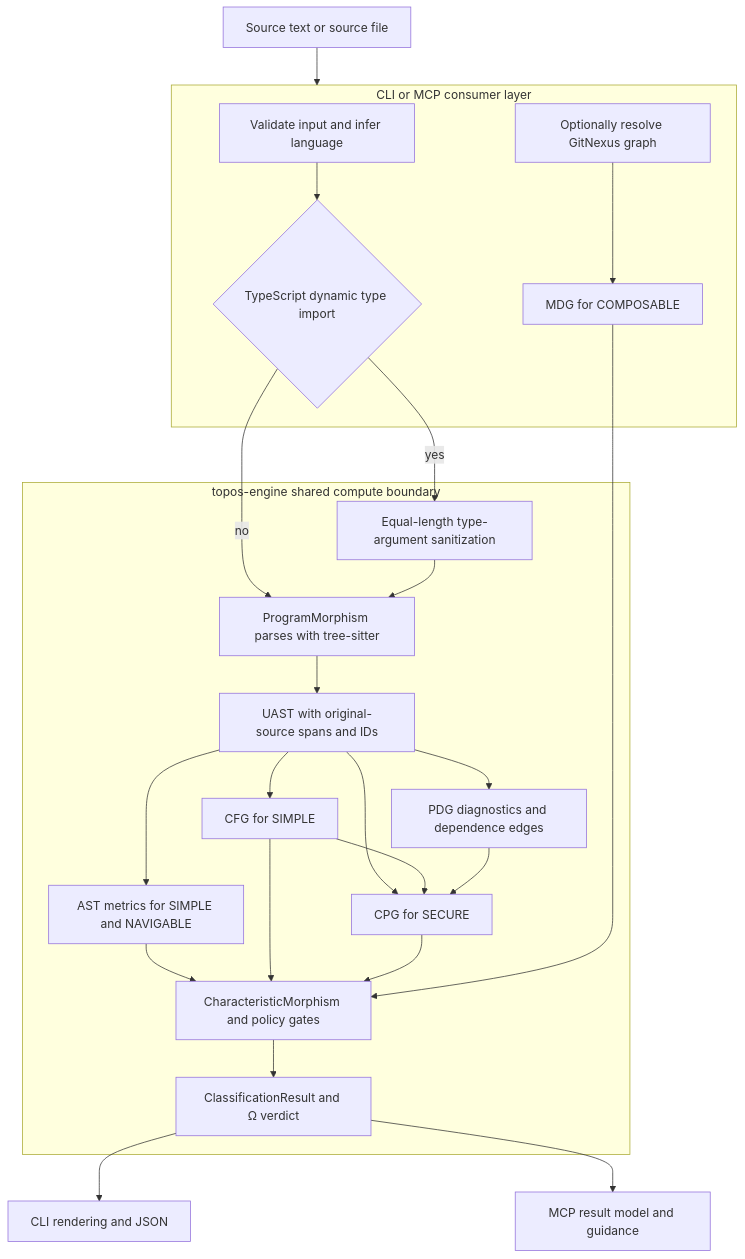
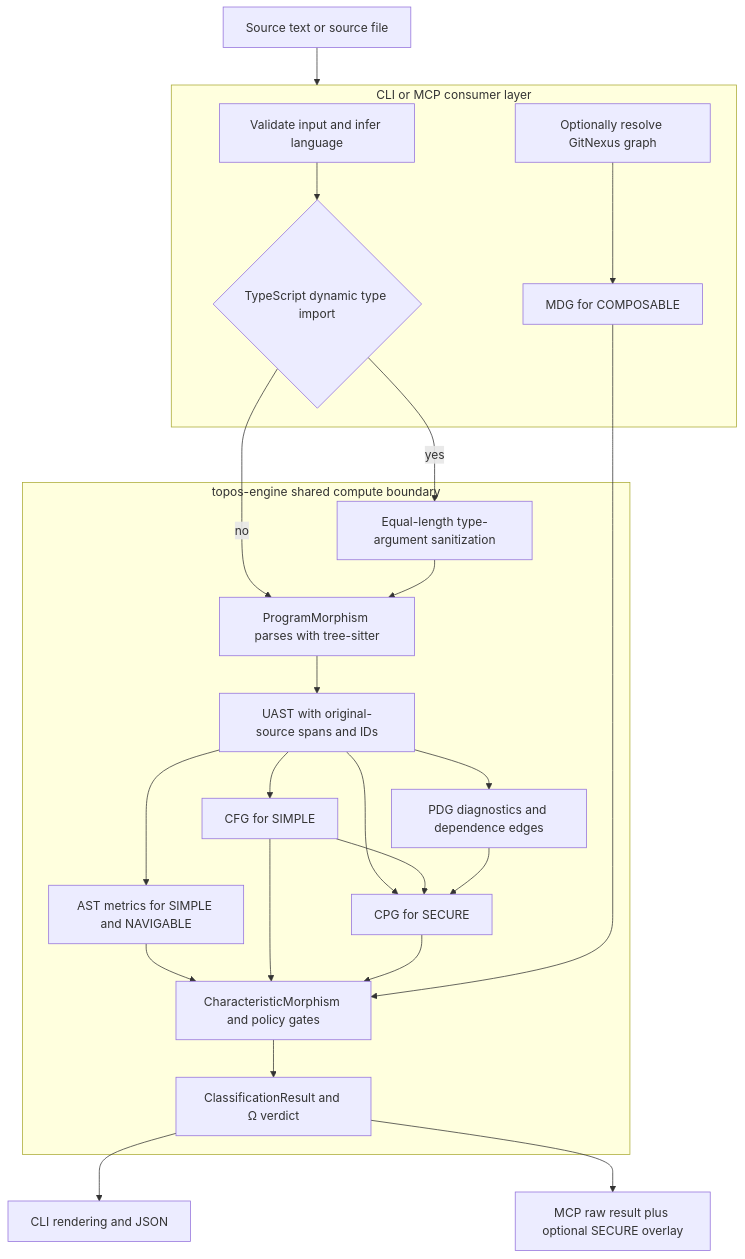
The diagram in openwiki/architecture/overview.md (Krv-Labs/topos), drawn with Mermaid before and after one commit. The commit also changed other lines of this file and 21 other files, not shown here.

````diff
--- a/openwiki/architecture/overview.md
+++ b/openwiki/architecture/overview.md
@@ -76,30 +80,30 @@
 ```mermaid
 flowchart TD
     Source["Source text or source file"] --> Consumer
     subgraph Consumer["CLI or MCP consumer layer"]
         Input["Validate input and infer language"]
         GraphState["Optionally resolve GitNexus graph"]
         Input --> ParseInput
         GraphState --> Attach
     end
     subgraph Engine["topos-engine shared compute boundary"]
         ParseInput{"TypeScript dynamic type import"}
         ParseInput -->|yes| Sanitize["Equal-length type-argument sanitization"]
         ParseInput -->|no| Morphism
         Sanitize --> Morphism["ProgramMorphism parses with tree-sitter"]
         Morphism --> UAST["UAST with original-source spans and IDs"]
         UAST --> AstReadings["AST metrics for SIMPLE and NAVIGABLE"]
         UAST --> CFG["CFG for SIMPLE"]
         UAST --> PDG["PDG diagnostics and dependence edges"]
         UAST --> CPG["CPG for SECURE"]
         CFG --> CPG
         PDG --> CPG
         AstReadings --> Classifier
         CFG --> Classifier
         CPG --> Classifier
         Attach["MDG for COMPOSABLE"] --> Classifier["CharacteristicMorphism and policy gates"]
         Classifier --> Result["ClassificationResult and Ω verdict"]
     end
     Result --> CLI["CLI rendering and JSON"]
-    Result --> MCP["MCP result model and guidance"]
+    Result --> MCP["MCP raw result plus optional SECURE overlay"]
 ```
````
